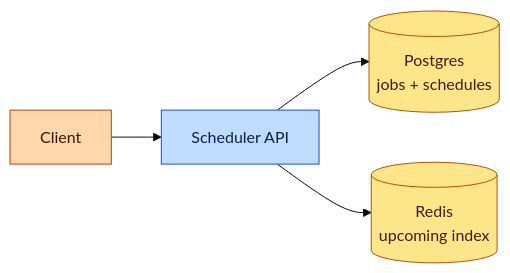
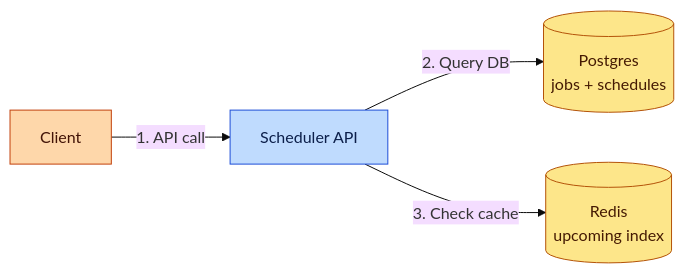
One commit to iluzn/HLD-Designs changed the third of 11 diagrams in content/hld/JobScheduler.md. Above: the diagram before and after it, drawn with Mermaid (base theme). The commit also changed other lines of this file and 27 other files, not shown here.

````diff
--- a/content/hld/JobScheduler.md
+++ b/content/hld/JobScheduler.md
@@ -260,15 +260,15 @@
 ```mermaid
 flowchart LR
     CLIENT["Client"]:::client
     API["Scheduler API"]:::edge
     DB[("Postgres<br/>jobs + schedules")]:::data
     CACHE[("Redis<br/>upcoming index")]:::data
 
-    CLIENT --> API
-    API --> DB
-    API --> CACHE
+    CLIENT -->|"1. API call"| API
+    API -->|"2. Query DB"| DB
+    API -->|"3. Check cache"| CACHE
 
     classDef client fill:#fed7aa,stroke:#c2410c,color:#431407
     classDef edge fill:#bfdbfe,stroke:#1d4ed8,color:#0c1f4a
     classDef data fill:#fde68a,stroke:#b45309,color:#451a03
 ```
````
